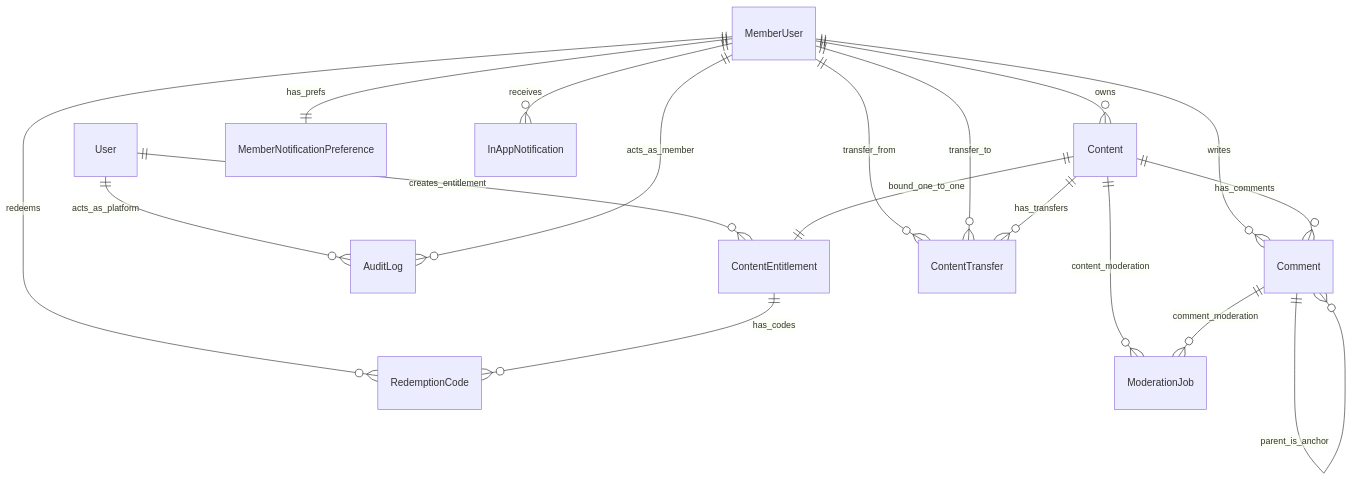
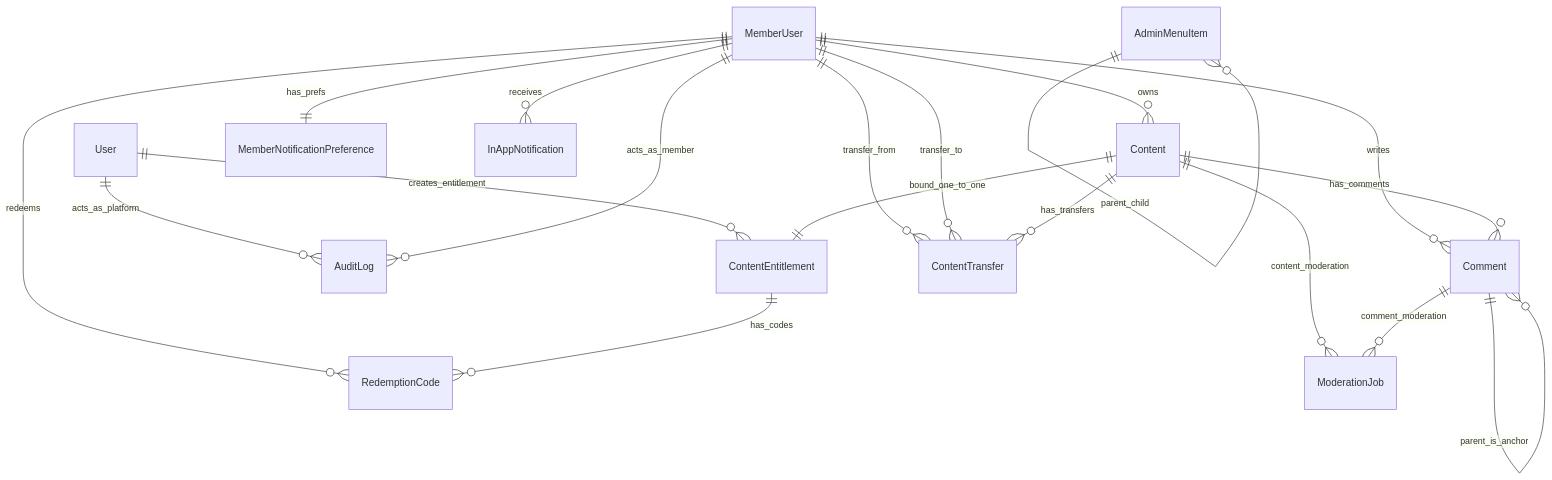
One commit to wangbosire/flasenc changed the diagram in docs/design-docs/content-sharing-platform-prisma-schema.md. Above: the diagram before and after it, drawn with Mermaid. The commit also changed other lines of this file and 73 other files, not shown here.

Commit message:
feat: add admin menu and redemption management

````diff
--- a/docs/design-docs/content-sharing-platform-prisma-schema.md
+++ b/docs/design-docs/content-sharing-platform-prisma-schema.md
@@ -28,24 +28,26 @@
 ```mermaid
 erDiagram
   User ||--o{ ContentEntitlement : creates_entitlement
   User ||--o{ AuditLog : acts_as_platform
+
+  AdminMenuItem ||--o{ AdminMenuItem : parent_child
 
   MemberUser ||--o{ Content : owns
   MemberUser ||--o{ Comment : writes
   MemberUser ||--o{ RedemptionCode : redeems
   MemberUser ||--o{ ContentTransfer : transfer_from
   MemberUser ||--o{ ContentTransfer : transfer_to
   MemberUser ||--o{ AuditLog : acts_as_member
   MemberUser ||--|| MemberNotificationPreference : has_prefs
   MemberUser ||--o{ InAppNotification : receives
 
   Content ||--|| ContentEntitlement : bound_one_to_one
   ContentEntitlement ||--o{ RedemptionCode : has_codes
   Content ||--o{ Comment : has_comments
   Content ||--o{ ContentTransfer : has_transfers
   Content ||--o{ ModerationJob : content_moderation
 
   Comment ||--o{ Comment : thread_under_anchor
   Comment ||--o{ Comment : parent_is_anchor
   Comment ||--o{ ModerationJob : comment_moderation
 ```
````
